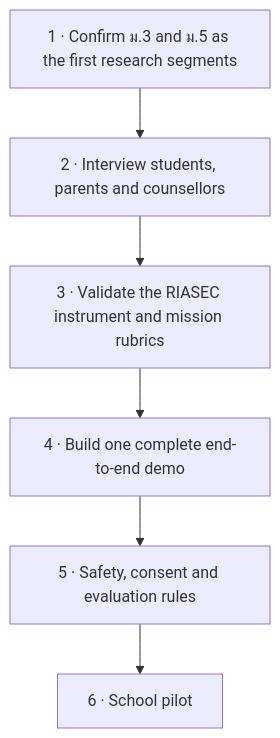
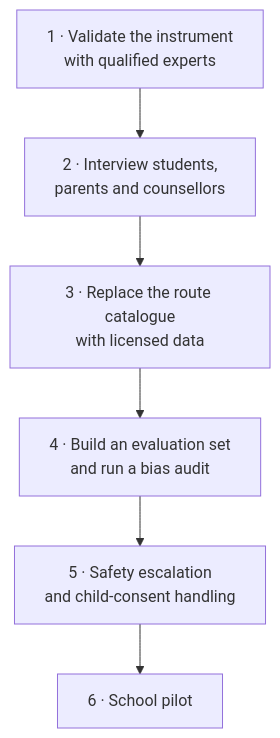
The diagram in docs/06-development-plan.md (winxtxrgit/futureme-ai), drawn with Mermaid before and after one commit. The commit also changed other lines of this file and 9 other files, not shown here.

````diff
--- a/docs/06-development-plan.md
+++ b/docs/06-development-plan.md
@@ -84,8 +119,8 @@
 ```mermaid
-flowchart TB
-    A["1 · Confirm ม.3 and ม.5 as the first research segments"] --> B["2 · Interview students, parents and counsellors"]
-    B --> C["3 · Validate the RIASEC instrument and mission rubrics"]
-    C --> D["4 · Build one complete end-to-end demo"]
-    D --> E["5 · Safety, consent and evaluation rules"]
+flowchart TD
+    A["1 · Validate the instrument<br/>with qualified experts"] --> B["2 · Interview students,<br/>parents and counsellors"]
+    B --> C["3 · Replace the route catalogue<br/>with licensed data"]
+    C --> D["4 · Build an evaluation set<br/>and run a bias audit"]
+    D --> E["5 · Safety escalation<br/>and child-consent handling"]
     E --> F["6 · School pilot"]
 ```
````
